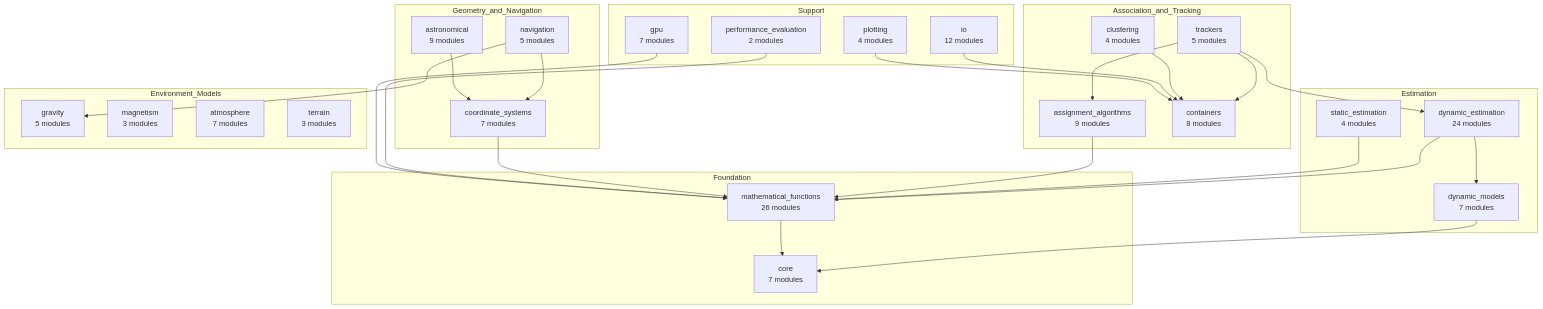
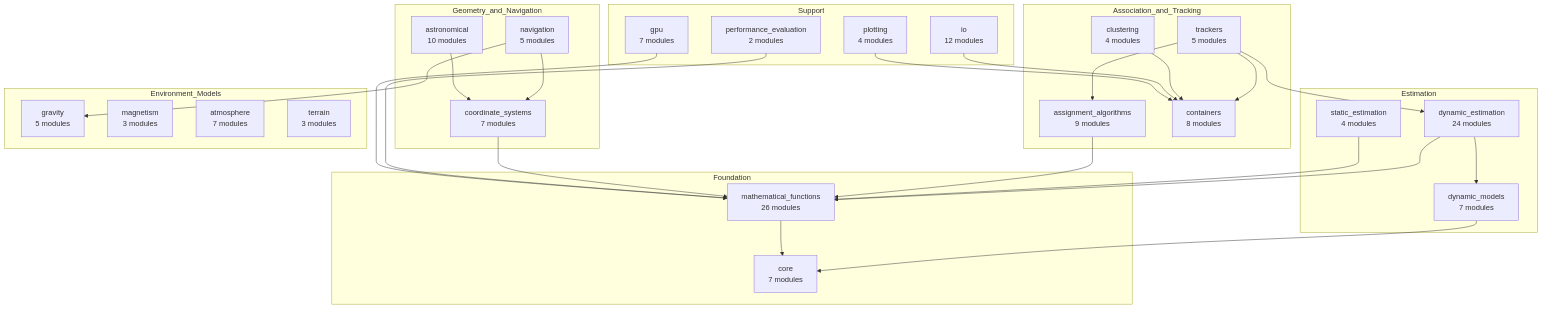
The first of 4 diagrams in docs/architecture.rst (nedonatelli/TCL), drawn with Mermaid before and after one commit. The commit also changed other lines of this file and 11 other files, not shown here.

```diff
--- a/docs/architecture.rst
+++ b/docs/architecture.rst
@@ -26,59 +26,59 @@
 .. mermaid::
 
    graph TD
        subgraph Estimation
            DE["dynamic_estimation<br/>24 modules"]
            DM["dynamic_models<br/>7 modules"]
            SE["static_estimation<br/>4 modules"]
        end
 
        subgraph Association_and_Tracking
            AA["assignment_algorithms<br/>9 modules"]
            TR["trackers<br/>5 modules"]
            CL["clustering<br/>4 modules"]
            CO["containers<br/>8 modules"]
        end
 
        subgraph Geometry_and_Navigation
            CS["coordinate_systems<br/>7 modules"]
            NA["navigation<br/>5 modules"]
-           AS["astronomical<br/>9 modules"]
+           AS["astronomical<br/>10 modules"]
        end
 
        subgraph Environment_Models
            GR["gravity<br/>5 modules"]
            MA["magnetism<br/>3 modules"]
            AT["atmosphere<br/>7 modules"]
            TE["terrain<br/>3 modules"]
        end
 
        subgraph Foundation
            MF["mathematical_functions<br/>26 modules"]
            CR["core<br/>7 modules"]
        end
 
        subgraph Support
            IO["io<br/>12 modules"]
            GP["gpu<br/>7 modules"]
            PL["plotting<br/>4 modules"]
            PE["performance_evaluation<br/>2 modules"]
        end
 
        TR --> DE
        TR --> AA
        TR --> CO
        DE --> DM
        DE --> MF
        AA --> MF
        CL --> CO
        NA --> CS
        NA --> GR
        AS --> CS
        SE --> MF
        CS --> MF
        PE --> MF
        IO --> CO
        GP --> MF
        PL --> CO
        DM --> CR
        MF --> CR
```
